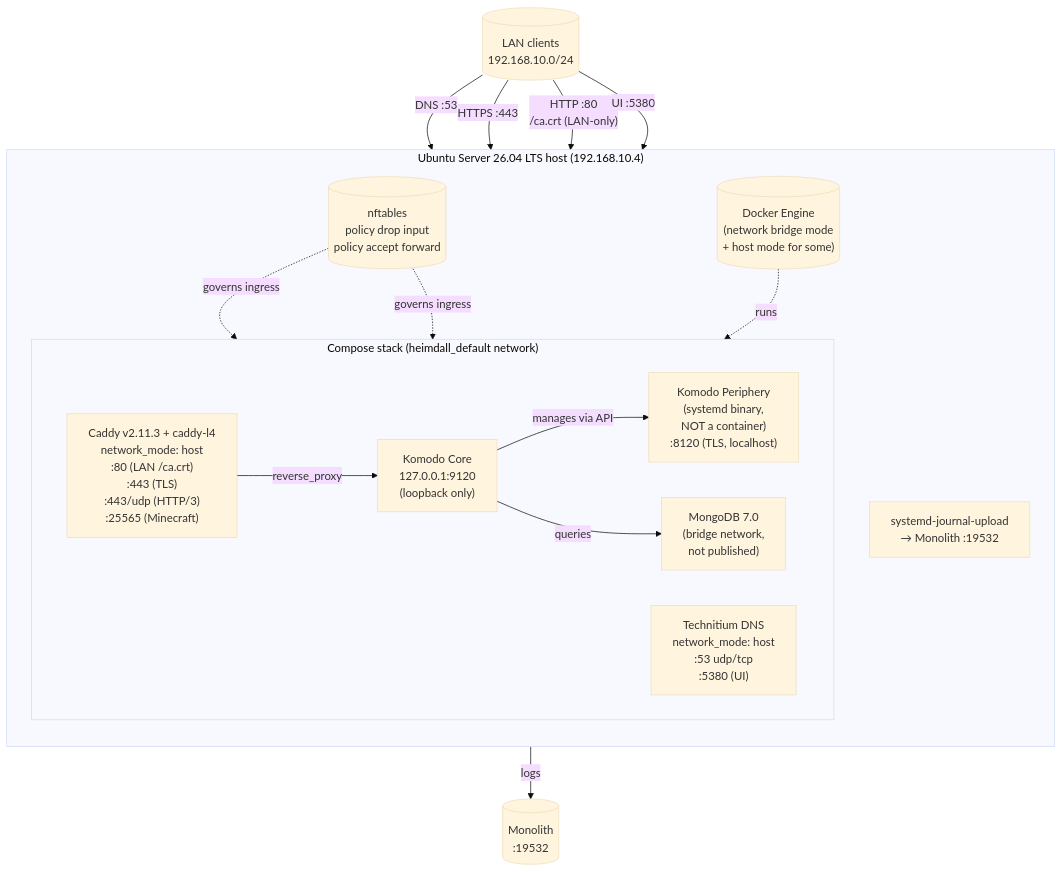
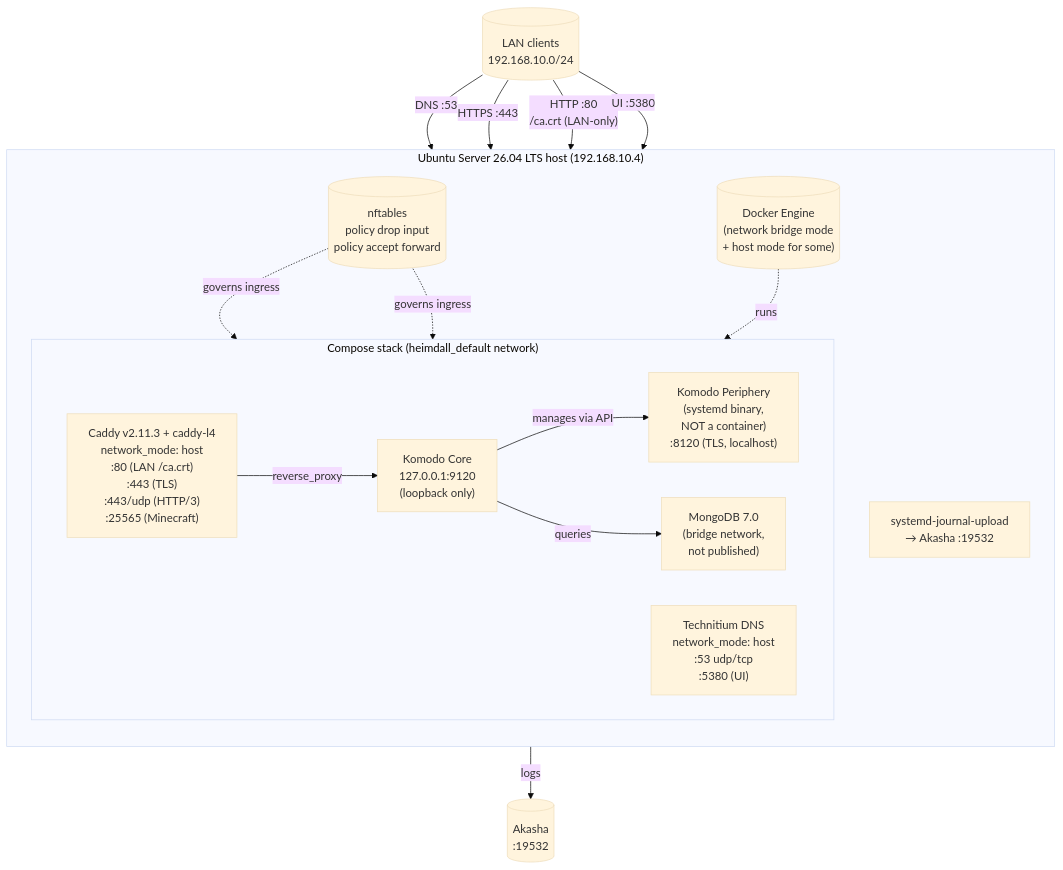
One commit to StevenGann/Homelab changed the second of 7 diagrams in Heimdall/docs/manual/01-architecture.md. Above: the diagram before and after it, drawn with Mermaid (base theme). The commit also changed other lines of this file and 33 other files, not shown here.

First line of the commit message:
chore: rename Monolith → Akasha; discard retired Akasha k3s control plane

````diff
--- a/Heimdall/docs/manual/01-architecture.md
+++ b/Heimdall/docs/manual/01-architecture.md
@@ -35,35 +35,35 @@
 ```mermaid
 flowchart TB
     subgraph host["Ubuntu Server 26.04 LTS host (192.168.10.4)"]
         direction TB
         nftables[("nftables<br/>policy drop input<br/>policy accept forward")]
         docker[("Docker Engine<br/>(network bridge mode<br/>+ host mode for some)")]
         periphery["Komodo Periphery<br/>(systemd binary,<br/>NOT a container)<br/>:8120 (TLS, localhost)"]
-        journal["systemd-journal-upload<br/>→ Monolith :19532"]
+        journal["systemd-journal-upload<br/>→ Akasha :19532"]
 
         subgraph stack["Compose stack (heimdall_default network)"]
             direction LR
             caddy["Caddy v2.11.3 + caddy-l4<br/>network_mode: host<br/>:80 (LAN /ca.crt)<br/>:443 (TLS)<br/>:443/udp (HTTP/3)<br/>:25565 (Minecraft)"]
             technitium["Technitium DNS<br/>network_mode: host<br/>:53 udp/tcp<br/>:5380 (UI)"]
             mongo["MongoDB 7.0<br/>(bridge network,<br/>not published)"]
             komodo["Komodo Core<br/>127.0.0.1:9120<br/>(loopback only)"]
 
             komodo -->|"queries"| mongo
             komodo -->|"manages via API"| periphery
             caddy -->|reverse_proxy| komodo
         end
 
         nftables -.->|"governs ingress"| caddy
         nftables -.->|"governs ingress"| technitium
         docker -.->|"runs"| stack
     end
 
     LAN[("LAN clients<br/>192.168.10.0/24")]
-    Monolith[("Monolith<br/>:19532")]
+    Akasha[("Akasha<br/>:19532")]
 
     LAN -->|"DNS :53"| technitium
     LAN -->|"HTTPS :443"| caddy
     LAN -->|"HTTP :80<br/>/ca.crt (LAN-only)"| caddy
     LAN -->|"UI :5380"| technitium
-    journal -->|"logs"| Monolith
+    journal -->|"logs"| Akasha
 ```
````
